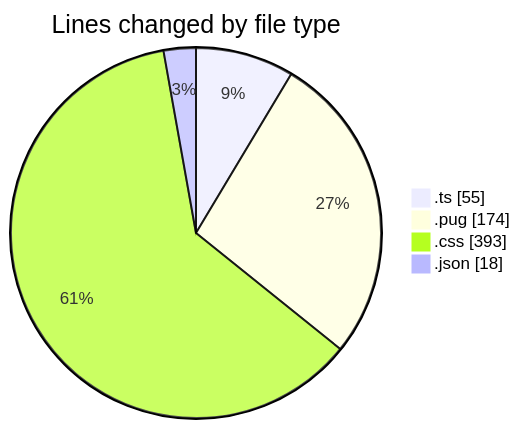
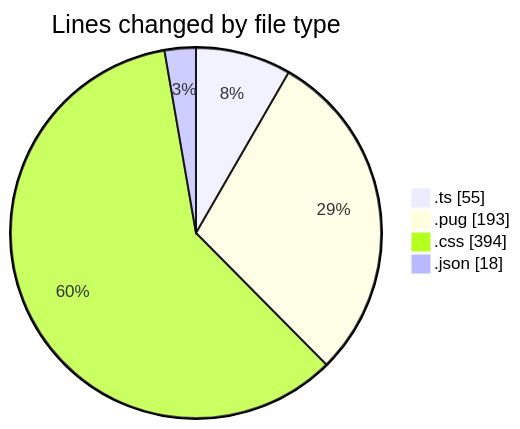
Before and after one commit to momahboobian/code-tracking: the first of 2 diagrams in 2025-10-31/cda/README.md, drawn with Mermaid. The commit also changed other lines of this file and 1 other file, not shown here.

````diff
--- a/2025-10-31/cda/README.md
+++ b/2025-10-31/cda/README.md
@@ -25,8 +25,8 @@
 ```mermaid
 pie showData
 title Lines changed by file type
 ".ts" : 55
-".pug" : 174
-".css" : 393
+".pug" : 193
+".css" : 394
 ".json" : 18
 ```
````
